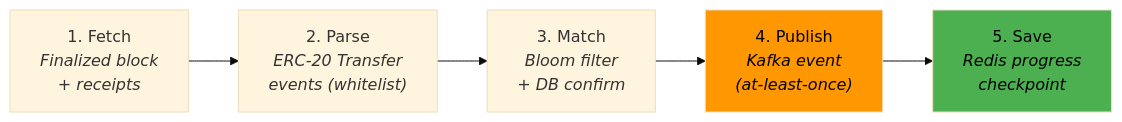
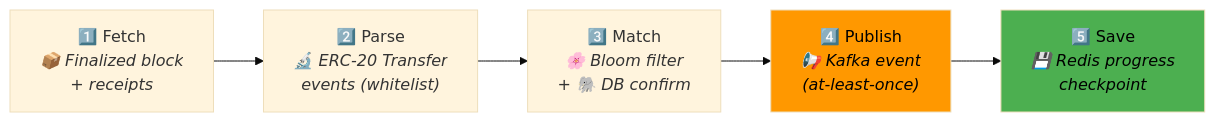
One commit to Puneethkumarck/stablebridge-indexer changed the eighth of 9 diagrams in README.md. Above: the diagram before and after it, drawn with Mermaid (base theme). The commit also changed other lines of this file, not shown here.

````diff
--- a/README.md
+++ b/README.md
@@ -478,10 +532,10 @@
 ```mermaid
 flowchart LR
-    A["1. Fetch<br/><i>Finalized block<br/>+ receipts</i>"] --> B["2. Parse<br/><i>ERC-20 Transfer<br/>events (whitelist)</i>"]
-    B --> C["3. Match<br/><i>Bloom filter<br/>+ DB confirm</i>"]
-    C --> D["4. Publish<br/><i>Kafka event<br/>(at-least-once)</i>"]
-    D --> E["5. Save<br/><i>Redis progress<br/>checkpoint</i>"]
+    A["1️⃣ Fetch<br/><i>📦 Finalized block<br/>+ receipts</i>"] --> B["2️⃣ Parse<br/><i>🔬 ERC-20 Transfer<br/>events (whitelist)</i>"]
+    B --> C["3️⃣ Match<br/><i>🌸 Bloom filter<br/>+ 🐘 DB confirm</i>"]
+    C --> D["4️⃣ Publish<br/><i>📢 Kafka event<br/>(at-least-once)</i>"]
+    D --> E["5️⃣ Save<br/><i>💾 Redis progress<br/>checkpoint</i>"]
 
     style D fill:#ff9800,color:#000
     style E fill:#4caf50,color:#000
 ```
````
